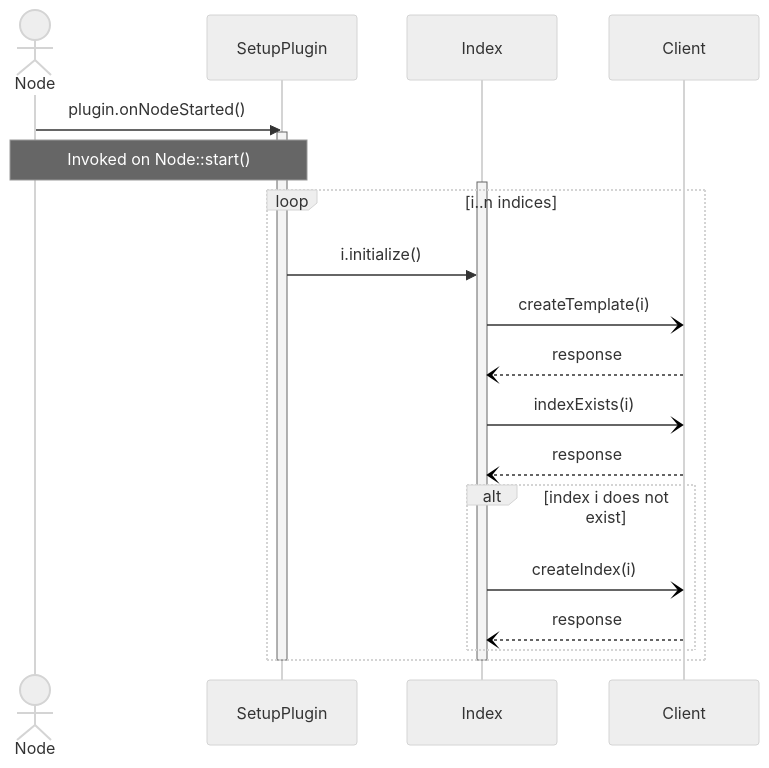
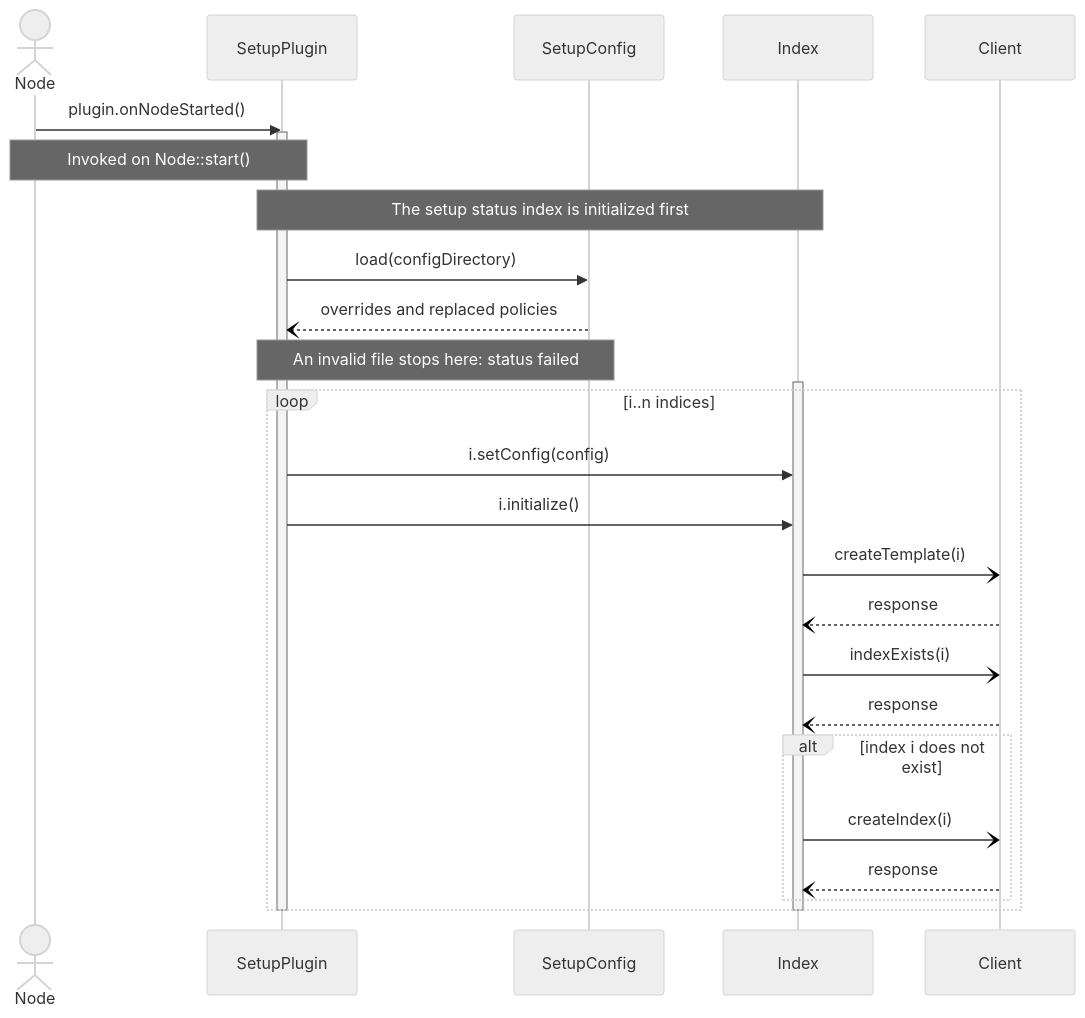
One commit to wazuh/wazuh-indexer-plugins changed the second of 2 diagrams in docs/dev/plugins/setup.md. Above: the diagram before and after it, drawn with Mermaid (neutral theme). The commit also changed other lines of this file and 38 other files, not shown here.

Commit message:
Customize index settings and ISM policies through setup.yml

````diff
--- a/docs/dev/plugins/setup.md
+++ b/docs/dev/plugins/setup.md
@@ -86,29 +98,36 @@
 ```mermaid
 sequenceDiagram
     actor Node
     participant SetupPlugin
+    participant SetupConfig
     participant Index
     participant Client
     Node->>SetupPlugin: plugin.onNodeStarted()
     activate SetupPlugin
     Note over Node,SetupPlugin: Invoked on Node::start()
 
+    Note over SetupPlugin,Index: The setup status index is initialized first
+    SetupPlugin->>SetupConfig: load(configDirectory)
+    SetupConfig--)SetupPlugin: overrides and replaced policies
+    Note over SetupPlugin,SetupConfig: An invalid file stops here: status failed
+
     activate Index
     loop i..n indices
+        SetupPlugin->>Index: i.setConfig(config)
         SetupPlugin->>Index: i.initialize()
 
 
         Index-)Client: createTemplate(i)
         Client--)Index: response
 
         Index-)Client: indexExists(i)
         Client--)Index: response
         alt index i does not exist
             Index-)Client: createIndex(i)
             Client--)Index: response
         end
     end
 
     deactivate Index
     deactivate SetupPlugin
 ```
````
